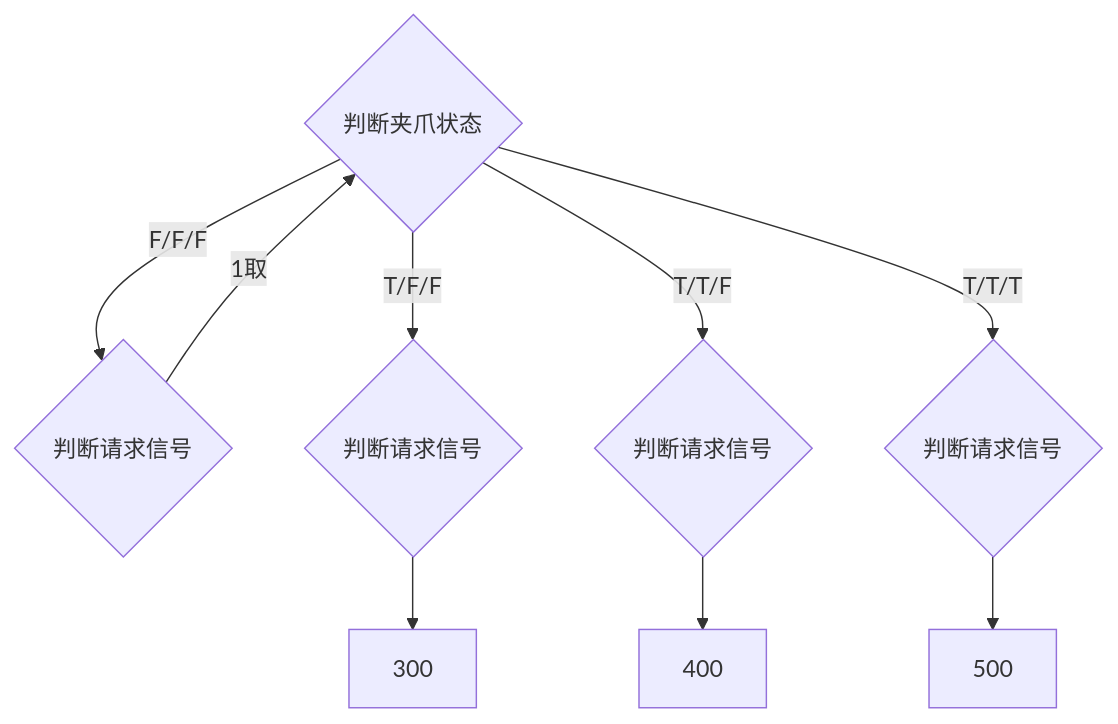
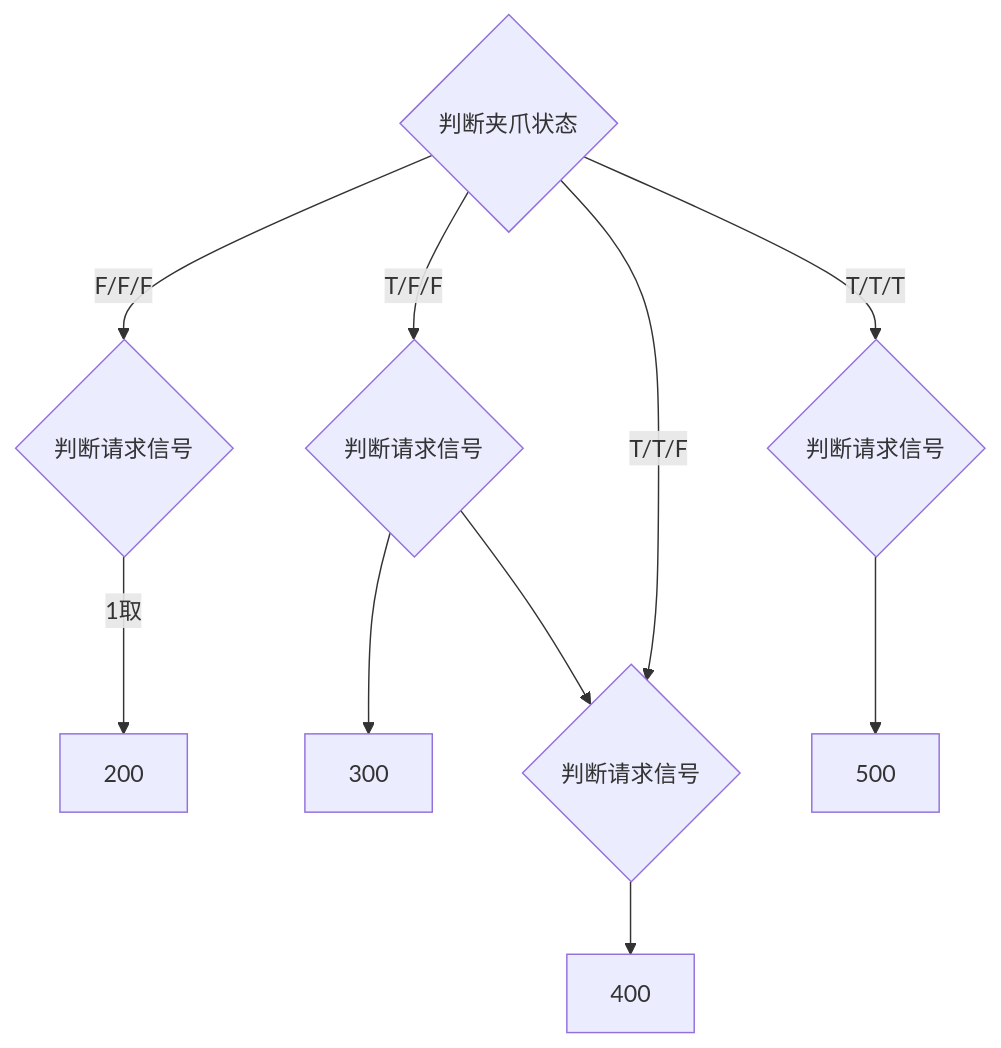
One commit to zmq000/iodraw-files changed the diagram in all/未命名.md. Above: the diagram before and after it, drawn with Mermaid.

Commit message:
2026-06-18 11:52:14 update

````diff
--- a/all/未命名.md
+++ b/all/未命名.md
@@ -1,13 +1,13 @@
 ```mermaid
 graph TD
 10{判断夹爪状态}-->|F/F/F|20
 10-->|T/F/F|30
 10-->|T/T/F|40
 10-->|T/T/T|50
 
-20{判断请求信号}-->|1取|10
+20{判断请求信号}-->|1取|200
 30{判断请求信号}-->300
-
+30-->
 40{判断请求信号}-->400
 50{判断请求信号}-->500
 ```
````
